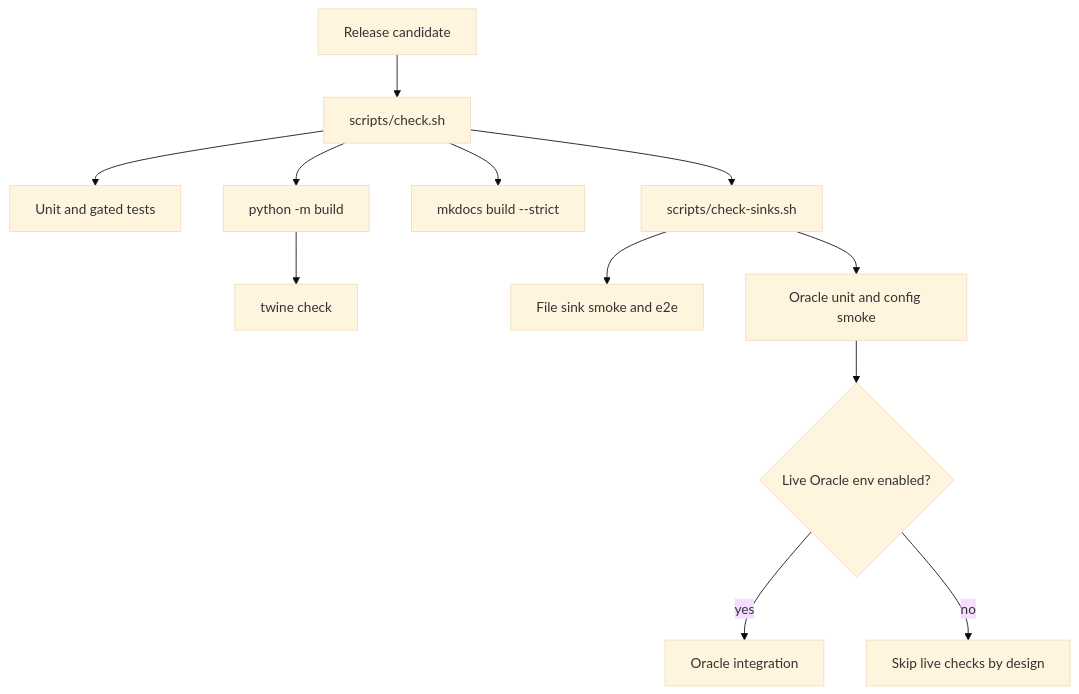
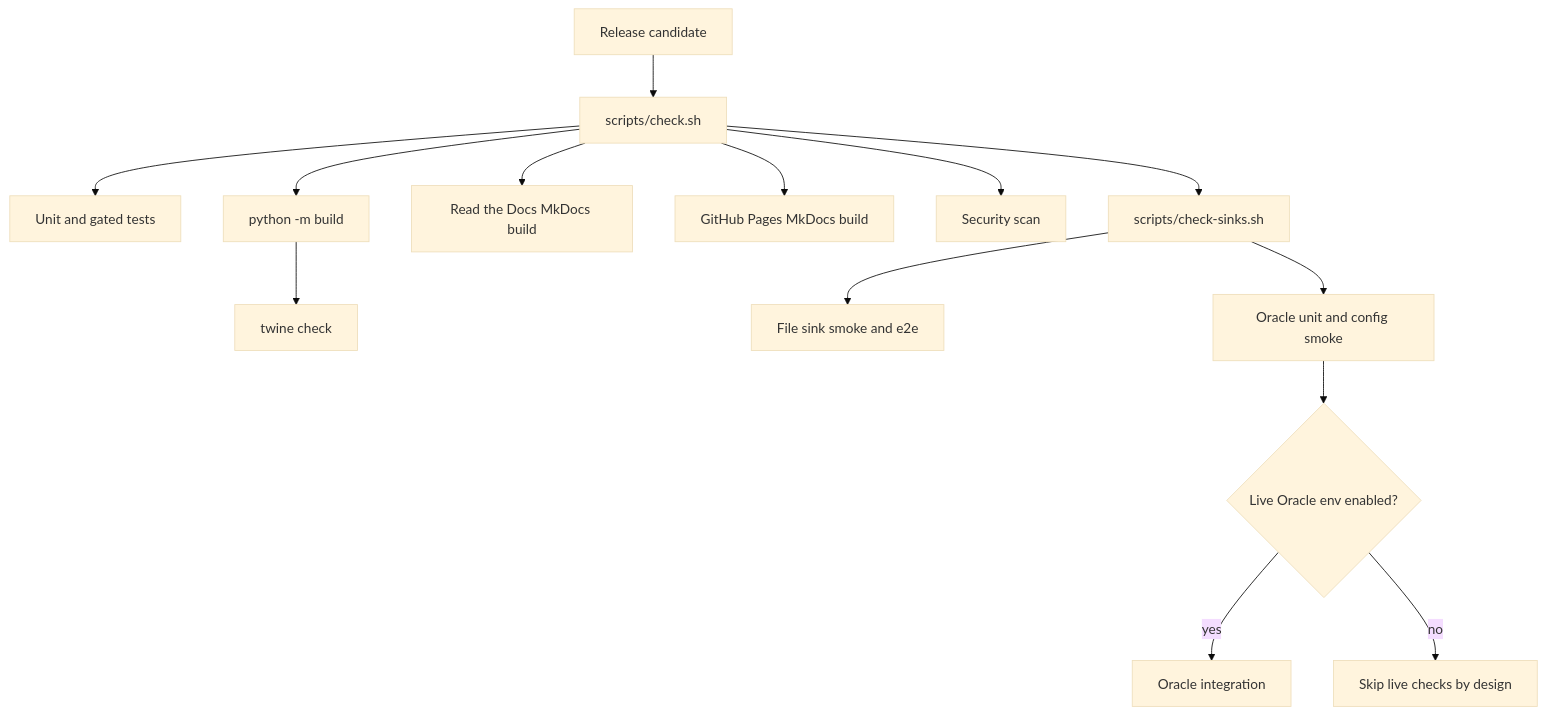
Before and after one commit to ProjectCuillin/nats-sinks: the fifth of 5 diagrams in docs/test-report.md, drawn with Mermaid (base theme). The commit also changed other lines of this file and 32 other files, not shown here.

````diff
--- a/docs/test-report.md
+++ b/docs/test-report.md
@@ -231,14 +252,16 @@
 ```mermaid
 flowchart TD
     Release[Release candidate] --> Local[scripts/check.sh]
     Local --> Unit[Unit and gated tests]
     Local --> Sinks[scripts/check-sinks.sh]
-    Local --> Docs[mkdocs build --strict]
+    Local --> Docs[Read the Docs MkDocs build]
+    Local --> Pages[GitHub Pages MkDocs build]
+    Local --> Security[Security scan]
     Local --> Build[python -m build]
     Build --> Twine[twine check]
     Sinks --> File[File sink smoke and e2e]
     Sinks --> Oracle[Oracle unit and config smoke]
     Oracle --> LiveOracle{Live Oracle env enabled?}
     LiveOracle -->|yes| OracleIT[Oracle integration]
     LiveOracle -->|no| SkipLive[Skip live checks by design]
 ```
````
